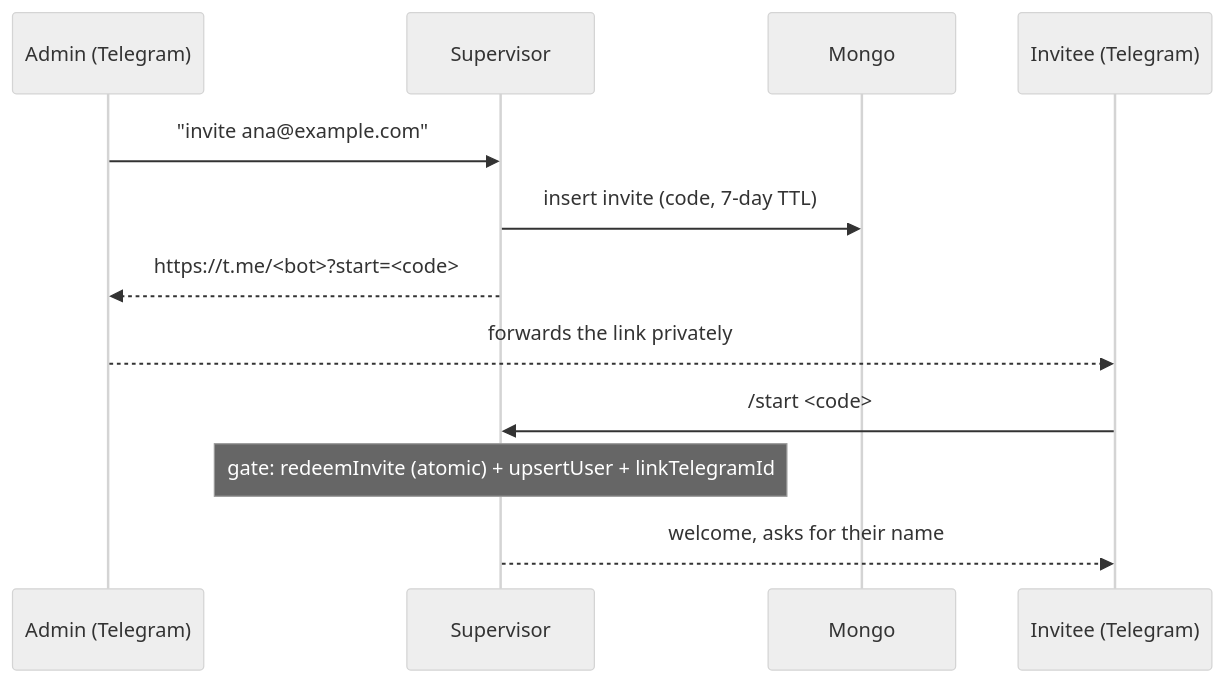
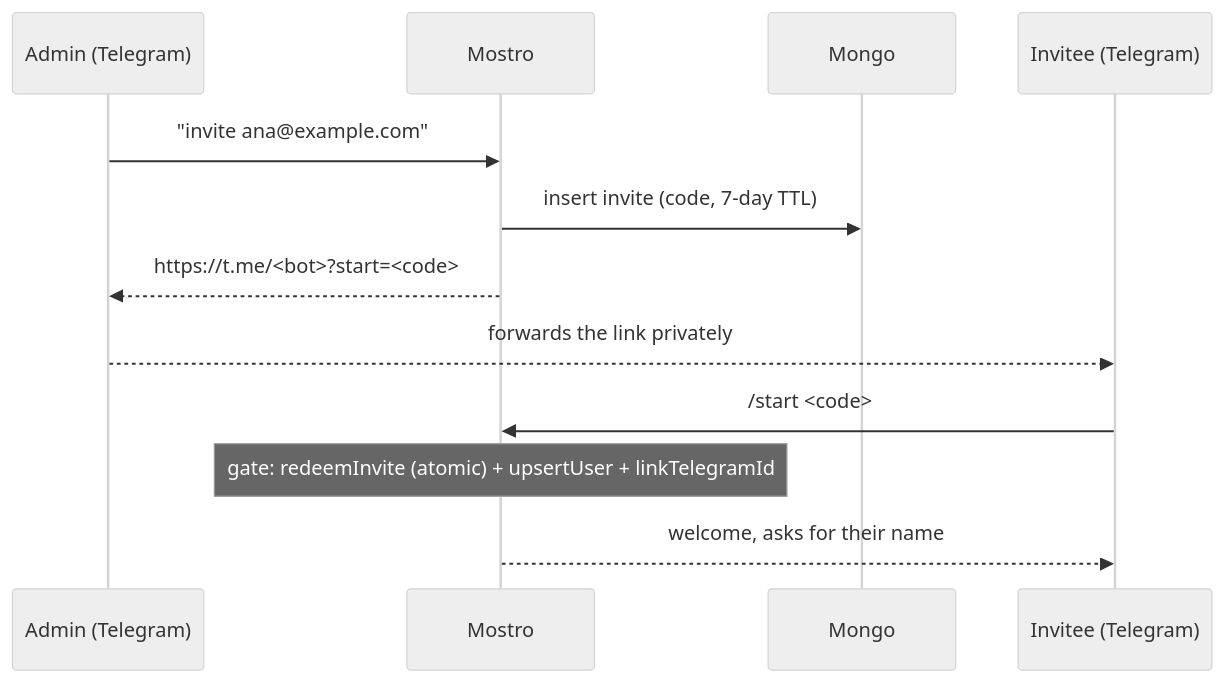
The diagram in docs/identity.md (alex-bluetrain/mostro-server), drawn with Mermaid (neutral theme) before and after one commit. The commit also changed other lines of this file and 26 other files, not shown here.

First line of the commit message:
refactor: describe Mostro as a single-agent harness, not a supervisor

````diff
--- a/docs/identity.md
+++ b/docs/identity.md
@@ -64,14 +64,14 @@
 ```mermaid
 sequenceDiagram
     participant A as Admin (Telegram)
-    participant S as Supervisor
+    participant S as Mostro
     participant M as Mongo
     participant I as Invitee (Telegram)
     A->>S: "invite ana@example.com"
     S->>M: insert invite (code, 7-day TTL)
     S-->>A: https://t.me/<bot>?start=<code>
     A-->>I: forwards the link privately
     I->>S: /start <code>
     Note over S: gate: redeemInvite (atomic) + upsertUser + linkTelegramId
     S-->>I: welcome, asks for their name
 ```
````
